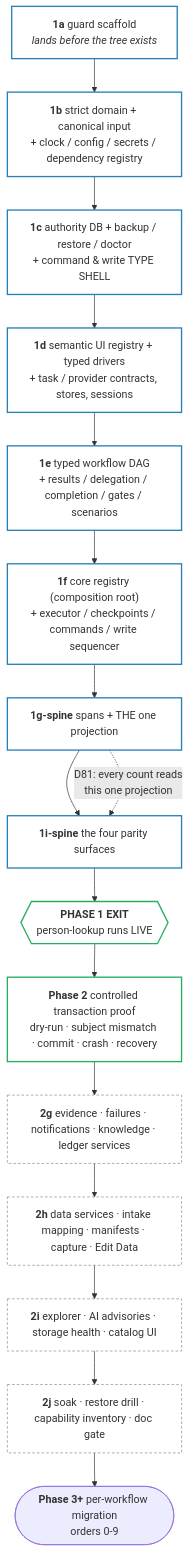
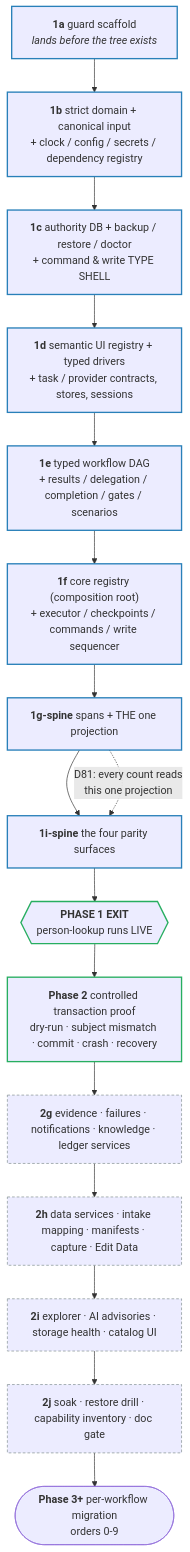
One commit to julianthant/hr-automation changed the diagram in docs/rebuild/07-master-plan.md. Above: the diagram before and after it, drawn with Mermaid. The commit also changed 89 other files, not shown here.

````diff
--- a/docs/rebuild/07-master-plan.md
+++ b/docs/rebuild/07-master-plan.md
@@ -76,32 +76,32 @@
 ```mermaid
 flowchart TD
   A["<b>1a</b> guard scaffold<br/><i>lands before the tree exists</i>"]
   B["<b>1b</b> strict domain + canonical input<br/>+ clock / config / secrets / dependency registry"]
   C["<b>1c</b> authority DB + backup / restore / doctor<br/>+ command &amp; write TYPE SHELL"]
   D["<b>1d</b> semantic UI registry + typed drivers<br/>+ task / provider contracts, stores, sessions"]
   E["<b>1e</b> typed workflow DAG<br/>+ results / delegation / completion / gates / scenarios"]
   F["<b>1f</b> core registry (composition root)<br/>+ executor / checkpoints / commands / write sequencer"]
   G["<b>1g-spine</b> spans + THE one projection"]
   H["<b>1i-spine</b> the four parity surfaces"]
   EXIT{{"<b>PHASE 1 EXIT</b><br/>person-lookup runs LIVE"}}
 
   TX["<b>Phase 2</b> controlled transaction proof<br/>dry-run · subject mismatch · commit · crash · recovery"]
   T1["<b>2g</b> evidence · failures · notifications · knowledge · ledger services"]
   T2["<b>2h</b> data services · intake mapping · manifests · capture · Edit Data"]
   T3["<b>2i</b> explorer · AI advisories · storage health · catalog UI"]
   T4["<b>2j</b> soak · restore drill · capability inventory · doc gate"]
   M(["<b>Phase 3+</b> per-workflow migration<br/>orders 0-9"])
 
   A --> B --> C --> D --> E --> F
   F --> G --> H --> EXIT
   EXIT --> TX --> T1 --> T2 --> T3 --> T4 --> M
 
   G -.->|"D81: every count reads<br/>this one projection"| H
 
-  classDef spine stroke:#2980b9,stroke-width:2px,fill:#10000000;
-  classDef tail stroke:#7f8c8d,stroke-dasharray:4 3,fill:#10000000;
-  classDef gate stroke:#27ae60,stroke-width:2px,fill:#10000000;
+  classDef spine stroke:#2980b9,stroke-width:2px,fill:#id:7e071fd9b023ed8f;
+  classDef tail stroke:#7f8c8d,stroke-dasharray:4 3,fill:#id:7e071fd9b023ed8f;
+  classDef gate stroke:#27ae60,stroke-width:2px,fill:#id:7e071fd9b023ed8f;
   class A,B,C,D,E,F,G,H spine;
   class T1,T2,T3,T4 tail;
   class EXIT,TX gate;
 ```
````
